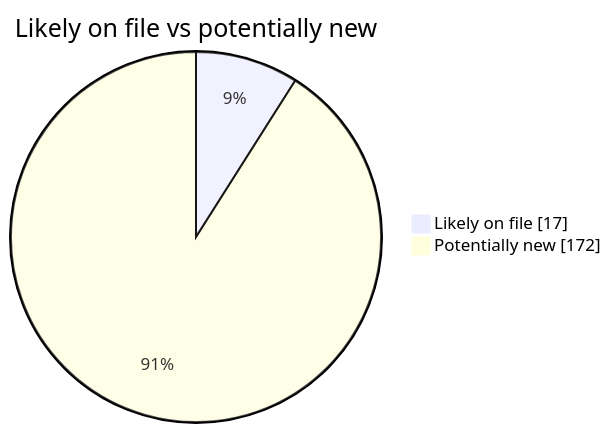
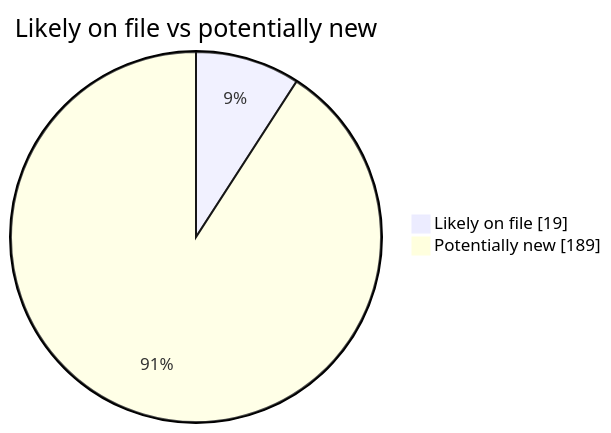
The second of 4 diagrams in README.md (martinbalfanz/social-scanner-reports), drawn with Mermaid before and after one commit. The commit also changed other lines of this file and 2 other files, not shown here.

````diff
--- a/README.md
+++ b/README.md
@@ -40,5 +40,5 @@
 ```mermaid
 pie showData title Likely on file vs potentially new
-    "Likely on file" : 17
-    "Potentially new" : 172
+    "Likely on file" : 19
+    "Potentially new" : 189
 ```
````
